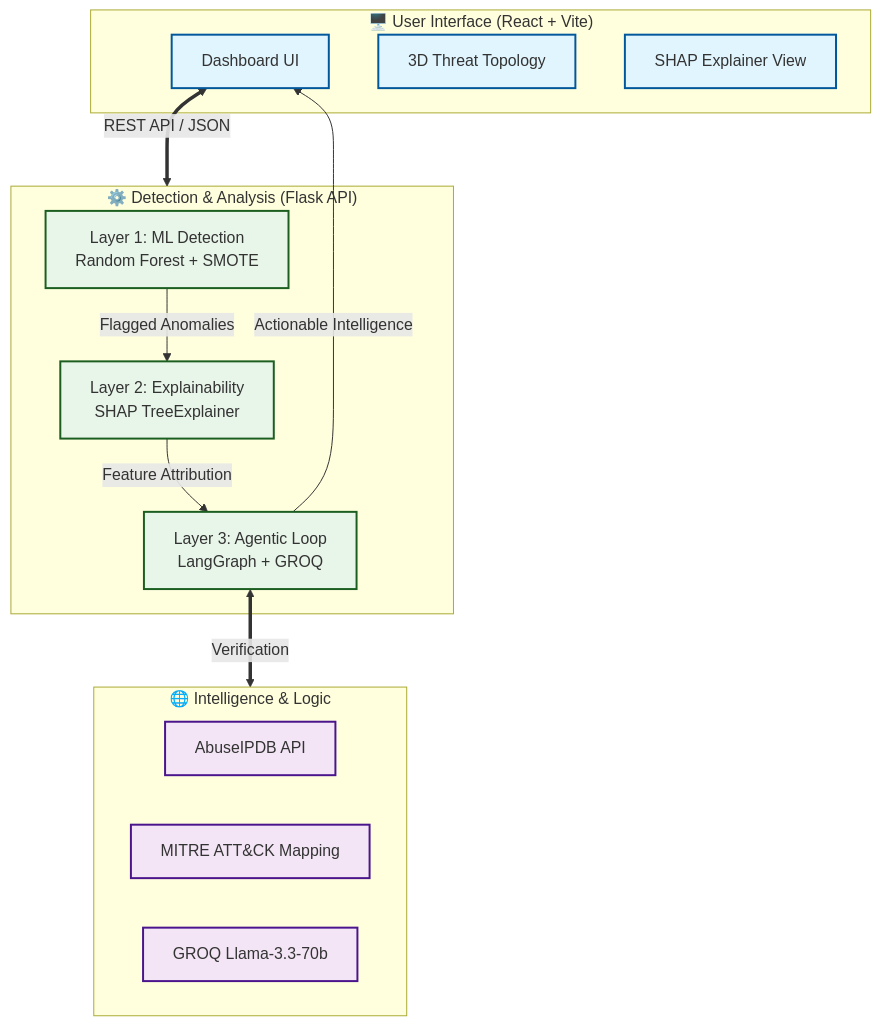
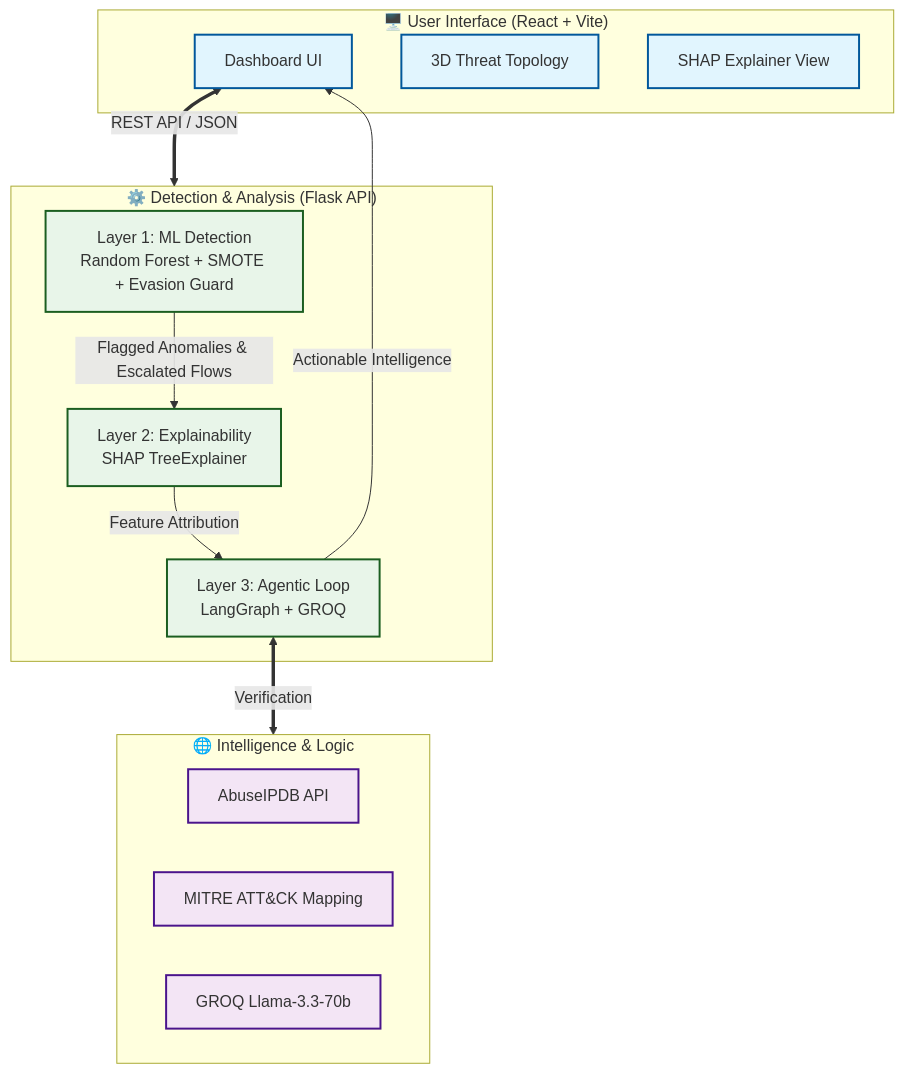
The diagram in QUICK_START.md (omerfarooq223/shap-agentic-ids), drawn with Mermaid before and after one commit. The commit also changed other lines of this file and 34 other files, not shown here.

Commit message:
feat: implement SHAP Evasion Guard, voice assistant personas, and React SOC dashboard

````diff
--- a/QUICK_START.md
+++ b/QUICK_START.md
@@ -205,35 +205,35 @@
 ```mermaid
 graph TD
     subgraph Frontend ["🖥️ User Interface (React + Vite)"]
         UI[Dashboard UI]
         Map[3D Threat Topology]
         ShapUI[SHAP Explainer View]
     end
 
     subgraph Backend ["⚙️ Detection & Analysis (Flask API)"]
-        L1[Layer 1: ML Detection<br/>Random Forest + SMOTE]
+        L1[Layer 1: ML Detection<br/>Random Forest + SMOTE + Evasion Guard]
         L2[Layer 2: Explainability<br/>SHAP TreeExplainer]
         L3[Layer 3: Agentic Loop<br/>LangGraph + GROQ]
     end
 
     subgraph External ["🌐 Intelligence & Logic"]
         Intel[AbuseIPDB API]
         MITRE[MITRE ATT&CK Mapping]
         LLM[GROQ Llama-3.3-70b]
     end
 
     UI <==>|REST API / JSON| Backend
-    L1 -->|Flagged Anomalies| L2
+    L1 -->|Flagged Anomalies & Escalated Flows| L2
     L2 -->|Feature Attribution| L3
     L3 <==>|Verification| External
     L3 -->|Actionable Intelligence| UI
 
     %% Styling
     classDef ui fill:#e1f5fe,stroke:#01579b,stroke-width:2px;
     classDef logic fill:#e8f5e9,stroke:#1b5e20,stroke-width:2px;
     classDef api fill:#f3e5f5,stroke:#4a148c,stroke-width:2px;
 
     class UI,Map,ShapUI ui;
     class L1,L2,L3 logic;
     class Intel,MITRE,LLM api;
 ```
````
